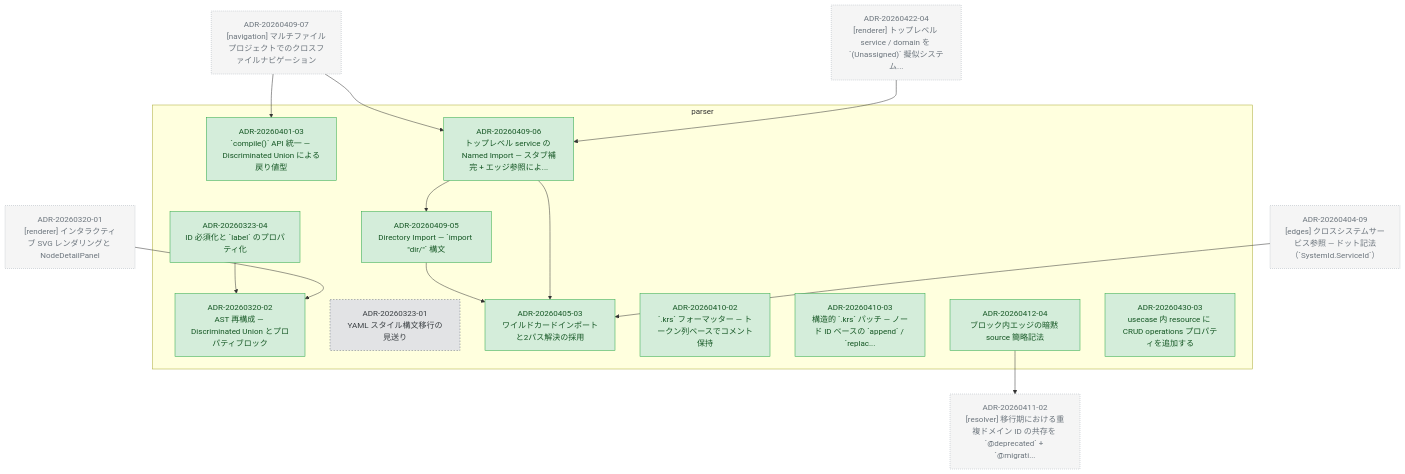
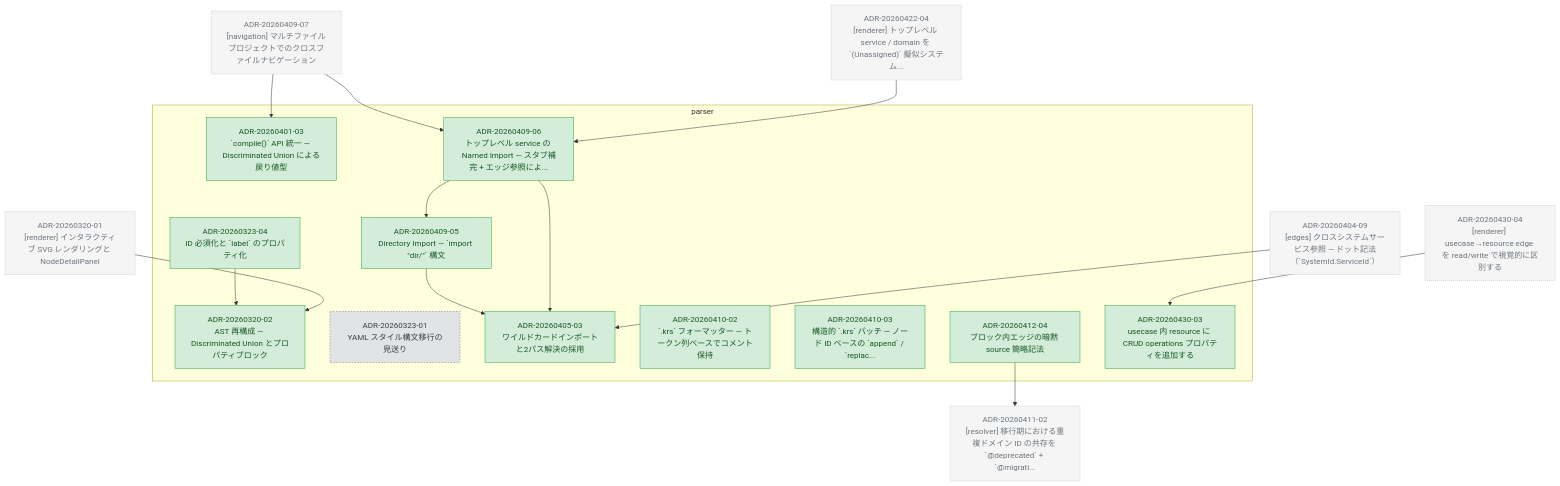
Before and after one commit to kompiro/karasu: the diagram in docs/adr/graph/parser.md, drawn with Mermaid. The commit also changed 5 other files, not shown here.

First line of the commit message:
docs(adr): promote read/write edge differentiation to ADR-20260430-04

````diff
--- a/docs/adr/graph/parser.md
+++ b/docs/adr/graph/parser.md
@@ -6,54 +6,57 @@
 ```mermaid
 flowchart TD
   subgraph parser["parser"]
     ADR_20260320_02["ADR-20260320-02<br/>AST 再構成 — Discriminated Union とプロパティブロック"]
     ADR_20260323_01["ADR-20260323-01<br/>YAML スタイル構文移行の見送り"]
     ADR_20260323_04["ADR-20260323-04<br/>ID 必須化と `label` のプロパティ化"]
     ADR_20260401_03["ADR-20260401-03<br/>`compile()` API 統一 — Discriminated Union による戻り値型"]
     ADR_20260405_03["ADR-20260405-03<br/>ワイルドカードインポートと2パス解決の採用"]
     ADR_20260409_05["ADR-20260409-05<br/>Directory Import — `import &quot;dir/&quot;` 構文"]
     ADR_20260409_06["ADR-20260409-06<br/>トップレベル service の Named Import — スタブ補完 + エッジ参照によ..."]
     ADR_20260410_02["ADR-20260410-02<br/>`.krs` フォーマッター — トークン列ベースでコメント保持"]
     ADR_20260410_03["ADR-20260410-03<br/>構造的 `.krs` パッチ — ノード ID ベースの `append` / `replac..."]
     ADR_20260412_04["ADR-20260412-04<br/>ブロック内エッジの暗黙 source 簡略記法"]
     ADR_20260430_03["ADR-20260430-03<br/>usecase 内 resource に CRUD operations プロパティを追加する"]
   end
   ADR_20260320_01["ADR-20260320-01<br/>[renderer] インタラクティブ SVG レンダリングと NodeDetailPanel"]
   ADR_20260404_09["ADR-20260404-09<br/>[edges] クロスシステムサービス参照 — ドット記法（`SystemId.ServiceId`）"]
   ADR_20260409_07["ADR-20260409-07<br/>[navigation] マルチファイルプロジェクトでのクロスファイルナビゲーション"]
   ADR_20260411_02["ADR-20260411-02<br/>[resolver] 移行期における重複ドメイン ID の共存を `@deprecated` + `@migrati..."]
   ADR_20260422_04["ADR-20260422-04<br/>[renderer] トップレベル service / domain を `(Unassigned)` 擬似システム..."]
+  ADR_20260430_04["ADR-20260430-04<br/>[renderer] usecase→resource edge を read/write で視覚的に区別する"]
   ADR_20260323_04 --> ADR_20260320_02
   ADR_20260409_05 --> ADR_20260405_03
   ADR_20260409_06 --> ADR_20260409_05
   ADR_20260409_06 --> ADR_20260405_03
   ADR_20260412_04 --> ADR_20260411_02
   ADR_20260320_01 --> ADR_20260320_02
   ADR_20260404_09 --> ADR_20260405_03
   ADR_20260409_07 --> ADR_20260409_06
   ADR_20260409_07 --> ADR_20260401_03
   ADR_20260422_04 --> ADR_20260409_06
+  ADR_20260430_04 --> ADR_20260430_03
 
   classDef accepted fill:#d4edda,stroke:#28a745,color:#155724
   classDef proposed fill:#fff3cd,stroke:#ffc107,color:#856404
   classDef deprecated fill:#f8d7da,stroke:#dc3545,color:#721c24
   classDef superseded fill:#e2e3e5,stroke:#6c757d,color:#383d41
   classDef not_adopted fill:#e2e3e5,stroke:#6c757d,color:#383d41,stroke-dasharray:3 3
   classDef ghost fill:#f5f5f5,stroke:#adb5bd,color:#6c757d,stroke-dasharray:2 2
   class ADR_20260320_02 accepted
   class ADR_20260323_01 not_adopted
   class ADR_20260323_04 accepted
   class ADR_20260401_03 accepted
   class ADR_20260405_03 accepted
   class ADR_20260409_05 accepted
   class ADR_20260409_06 accepted
   class ADR_20260410_02 accepted
   class ADR_20260410_03 accepted
   class ADR_20260412_04 accepted
   class ADR_20260430_03 accepted
   class ADR_20260320_01 ghost
   class ADR_20260404_09 ghost
   class ADR_20260409_07 ghost
   class ADR_20260411_02 ghost
   class ADR_20260422_04 ghost
+  class ADR_20260430_04 ghost
 ```
````
